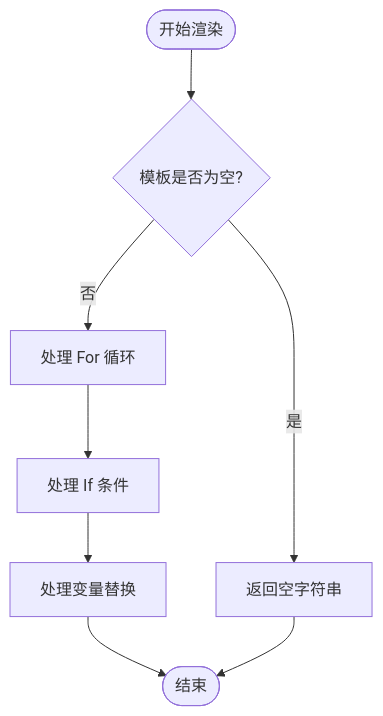
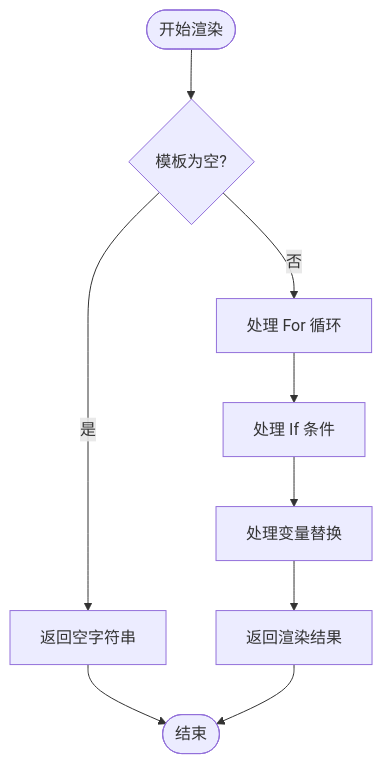
Before and after one commit to alivy/AutoCode: the third of 4 diagrams in .qoder/repowiki/zh/content/模板系统/模板系统.md, drawn with Mermaid. The commit also changed other lines of this file and 183 other files, not shown here.

````diff
--- a/.qoder/repowiki/zh/content/模板系统/模板系统.md
+++ b/.qoder/repowiki/zh/content/模板系统/模板系统.md
@@ -205,10 +165,11 @@
 ```mermaid
 flowchart TD
-Start(["开始渲染"]) --> CheckEmpty{"模板是否为空?"}
+Start(["开始渲染"]) --> CheckEmpty{"模板为空?"}
 CheckEmpty --> |是| ReturnEmpty["返回空字符串"]
 CheckEmpty --> |否| ProcessFor["处理 For 循环"]
 ProcessFor --> ProcessIf["处理 If 条件"]
 ProcessIf --> ProcessVar["处理变量替换"]
-ProcessVar --> End(["结束"])
-ReturnEmpty --> End
+ProcessVar --> ReturnResult["返回渲染结果"]
+ReturnEmpty --> End(["结束"])
+ReturnResult --> End
 ```
````
